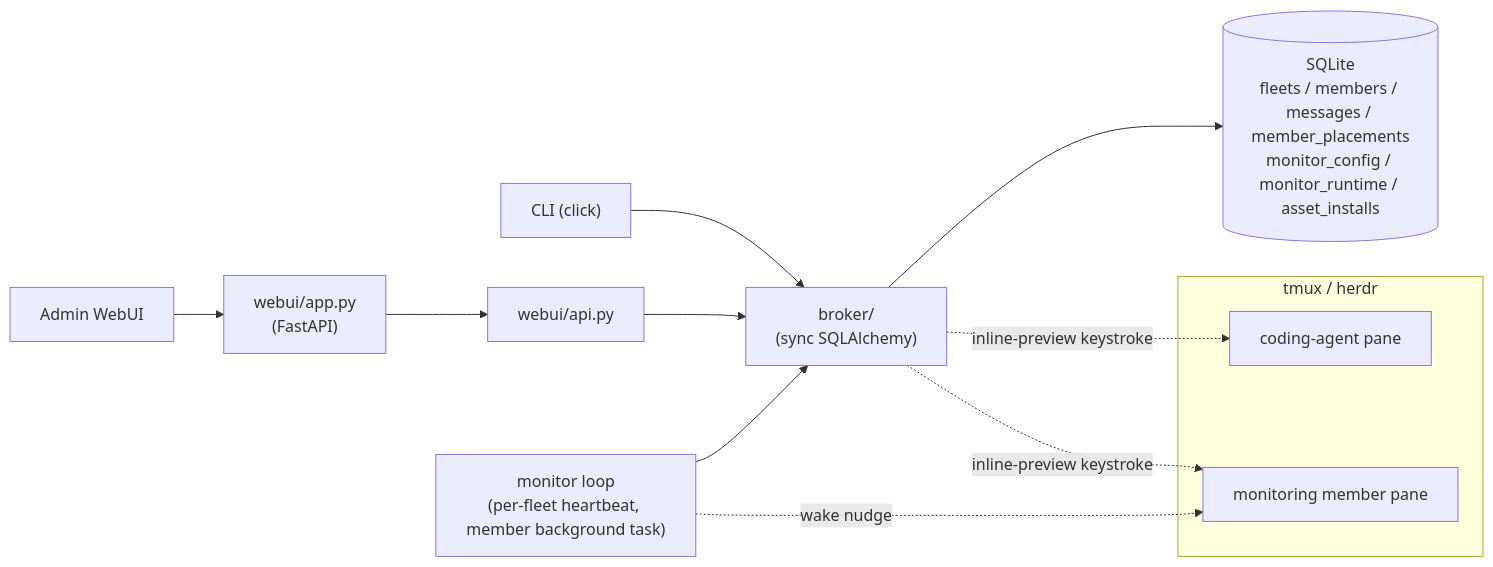
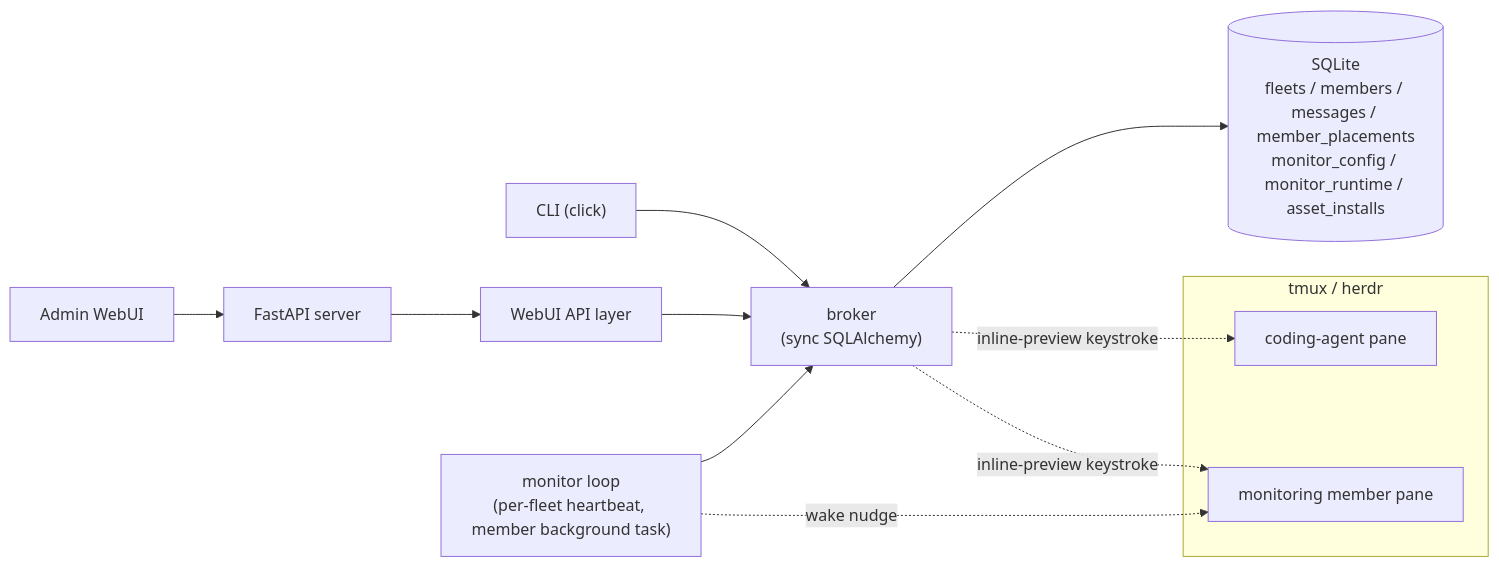
The diagram in docs/concepts/overview.md (himkt/cafleet), drawn with Mermaid before and after one commit. The commit also changed 3 other files, not shown here.

````diff
--- a/docs/concepts/overview.md
+++ b/docs/concepts/overview.md
@@ -31,17 +31,17 @@
 ```mermaid
 %%{init: {'theme': 'default', 'themeVariables': {'fontSize': '16px'}}}%%
 flowchart LR
-    CLI["CLI (click)"] --> Broker["broker/<br/>(sync SQLAlchemy)"]
-    WebUI["Admin WebUI"] --> Server["webui/app.py<br/>(FastAPI)"]
-    Server --> WebUIAPI["webui/api.py"]
+    CLI["CLI (click)"] --> Broker["broker<br/>(sync SQLAlchemy)"]
+    WebUI["Admin WebUI"] --> Server["FastAPI server"]
+    Server --> WebUIAPI["WebUI API layer"]
     WebUIAPI --> Broker
     Monitor["monitor loop<br/>(per-fleet heartbeat, member background task)"] --> Broker
     Broker --> DB[(SQLite<br/>fleets / members / messages / member_placements<br/>monitor_config / monitor_runtime / asset_installs)]
     subgraph Multiplexer["tmux / herdr"]
         PaneA["coding-agent pane"]
         PaneB["monitoring member pane"]
     end
     Broker -. inline-preview keystroke .-> PaneA
     Broker -. inline-preview keystroke .-> PaneB
     Monitor -. wake nudge .-> PaneB
 ```
````
